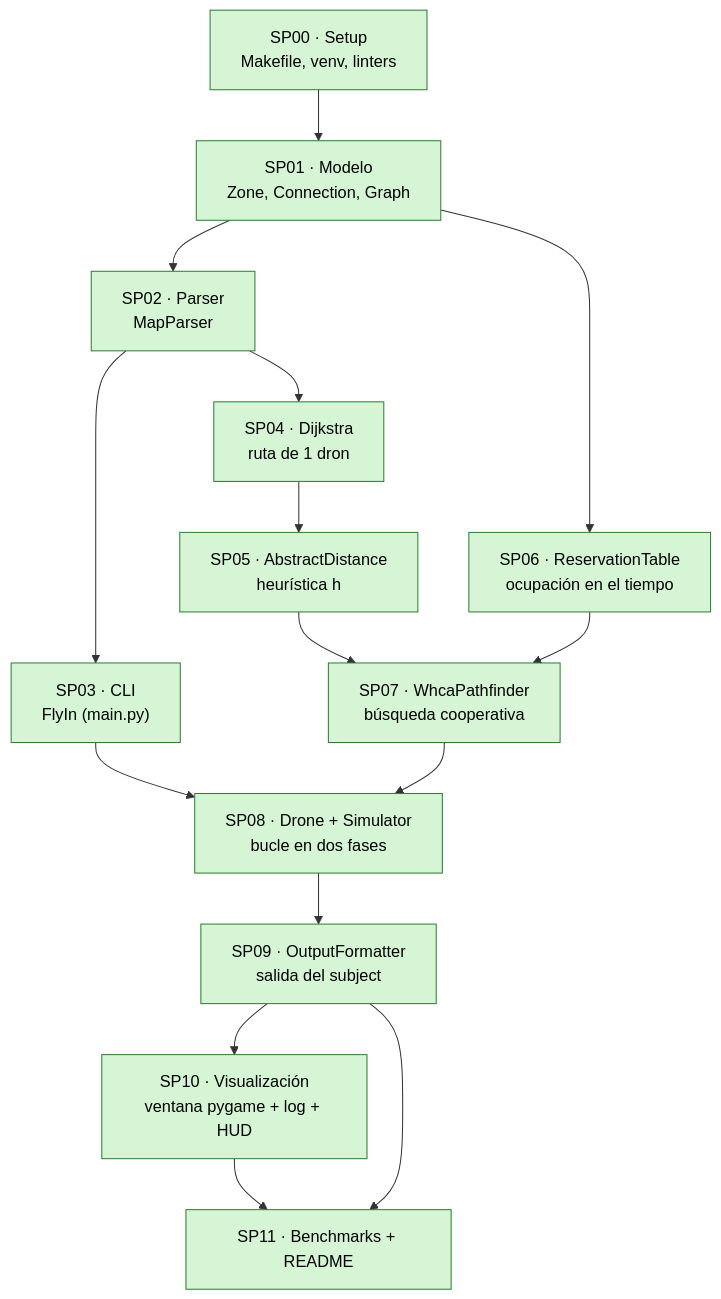
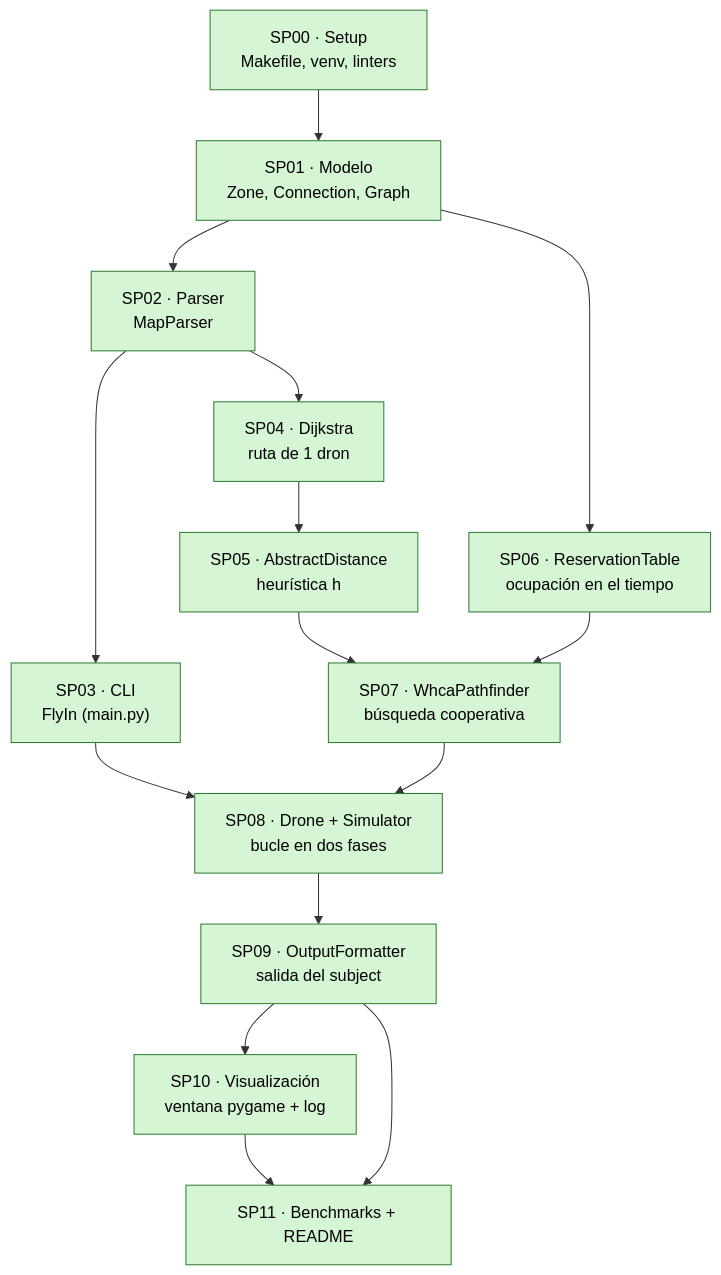
One commit to 0xARCOS/Fly-In changed the first of 52 diagrams in docs/07-diagramas.md. Above: the diagram before and after it, drawn with Mermaid. The commit also changed other lines of this file and 33 other files, not shown here.

````diff
--- a/docs/07-diagramas.md
+++ b/docs/07-diagramas.md
@@ -74,20 +74,20 @@
 ```mermaid
 flowchart TD
     SP00["SP00 · Setup<br/>Makefile, venv, linters"] --> SP01["SP01 · Modelo<br/>Zone, Connection, Graph"]
     SP01 --> SP02["SP02 · Parser<br/>MapParser"]
     SP02 --> SP03["SP03 · CLI<br/>FlyIn (main.py)"]
     SP02 --> SP04["SP04 · Dijkstra<br/>ruta de 1 dron"]
     SP04 --> SP05["SP05 · AbstractDistance<br/>heurística h"]
     SP01 --> SP06["SP06 · ReservationTable<br/>ocupación en el tiempo"]
     SP05 --> SP07["SP07 · WhcaPathfinder<br/>búsqueda cooperativa"]
     SP06 --> SP07
     SP07 --> SP08["SP08 · Drone + Simulator<br/>bucle en dos fases"]
     SP03 --> SP08
     SP08 --> SP09["SP09 · OutputFormatter<br/>salida del subject"]
-    SP09 --> SP10["SP10 · Visualización<br/>ventana pygame + log + HUD"]
+    SP09 --> SP10["SP10 · Visualización<br/>ventana pygame + log"]
     SP09 --> SP11["SP11 · Benchmarks + README"]
     SP10 --> SP11
 
     classDef done fill:#d5f5d5,stroke:#2e7d32,color:#000
     class SP00,SP01,SP02,SP03,SP04,SP05,SP06,SP07,SP08,SP09,SP10,SP11 done
 ```
````
